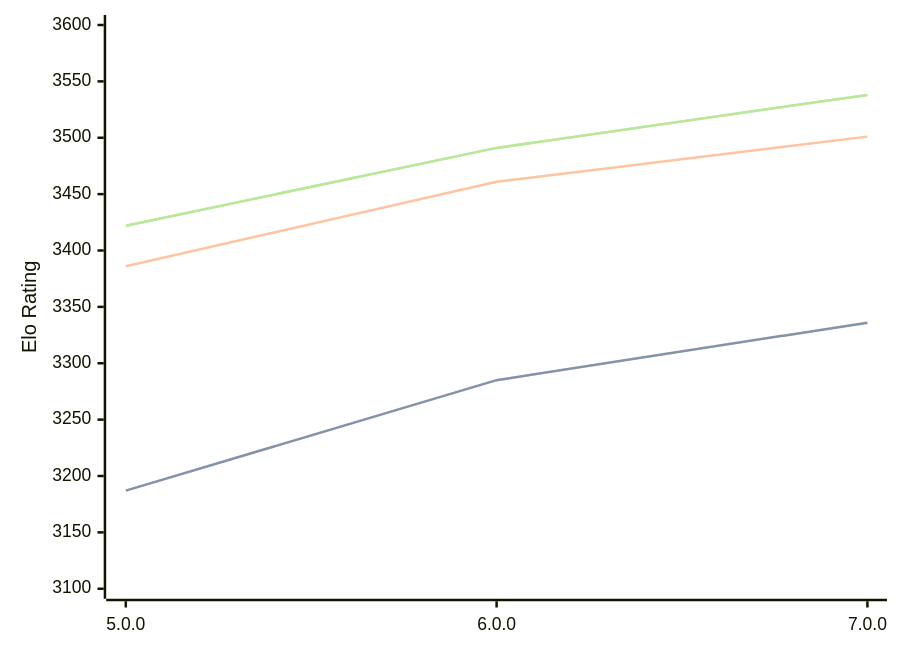
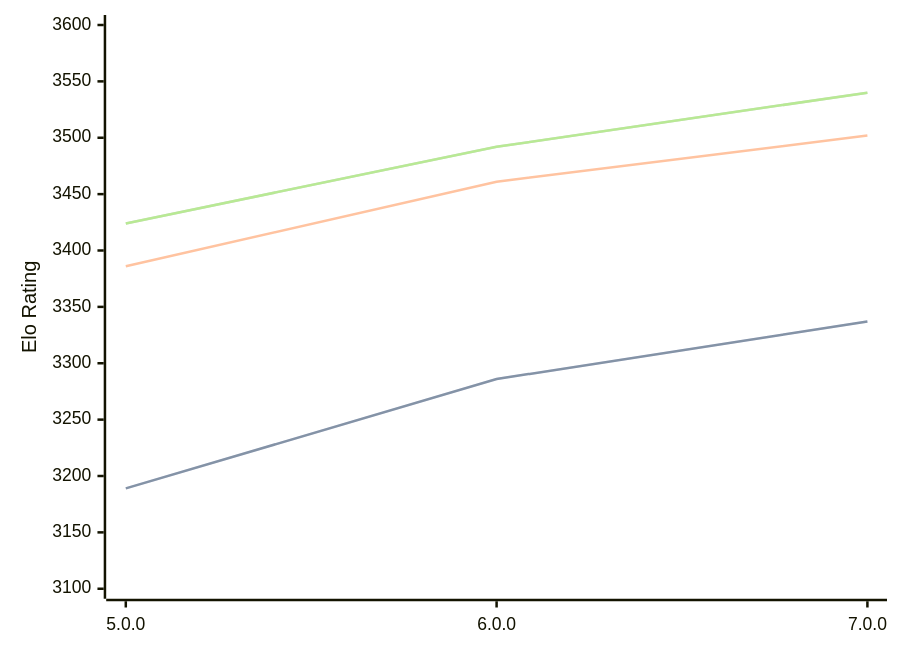
The third of 3 diagrams in engines/Stormphrax.md (computer-chess-index/cci), drawn with Mermaid before and after one commit. The commit also changed other lines of this file, not shown here.

Commit message:
Update CCI Ratings (ELO VLTC) - 2026-06-30

````diff
--- a/engines/Stormphrax.md
+++ b/engines/Stormphrax.md
@@ -71,11 +72,11 @@
 ```mermaid
 %%{init: {"theme":"base","themeVariables":{"seriesColors:['#a3a3a3','#222221','#faa371']}}}%%
 xychart-beta
   x-axis ["5.0.0", "6.0.0", "7.0.0"]
   y-axis "Elo Rating" 3100 --> 3600
-  line "STC (8.0+0.08s)" [3187, 3285, 3336]
-  line "STC (8.0+0.08s)" [3187, 3285, 3336]
-  line "LTC (60.0+0.60s)" [3386, 3461, 3501]
-  line "VLTC (2m24s+1.12s)" [3422, 3491, 3538]
-  line "VLTC (2m24s+1.12s)" [3422, 3491, 3538]
+  line "STC (8.0+0.08s)" [3189, 3286, 3337]
+  line "STC (8.0+0.08s)" [3189, 3286, 3337]
+  line "LTC (60.0+0.60s)" [3386, 3461, 3502]
+  line "VLTC (2m24s+1.12s)" [3424, 3492, 3540]
+  line "VLTC (2m24s+1.12s)" [3424, 3492, 3540]
 ```
````
